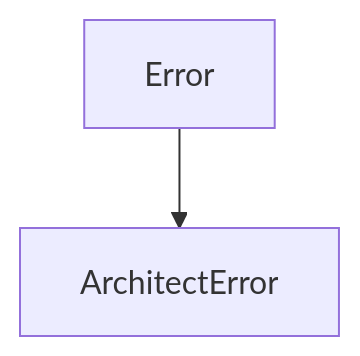
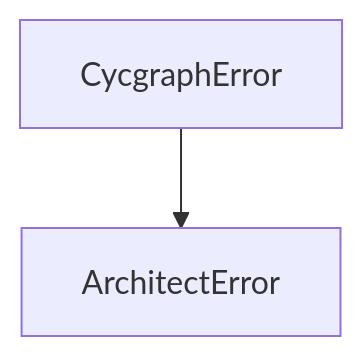
One commit to wmcmahan/cycgraph changed the third of 3 diagrams in packages/orchestrator/src/architect/README.md. Above: the diagram before and after it, drawn with Mermaid. The commit also changed other lines of this file and 37 other files, not shown here.

````diff
--- a/packages/orchestrator/src/architect/README.md
+++ b/packages/orchestrator/src/architect/README.md
@@ -541,4 +535,4 @@
 ```mermaid
 graph TD
-    E["Error"] --> AE["ArchitectError"]
+    E["CycgraphError"] --> AE["ArchitectError"]
 ```
````
